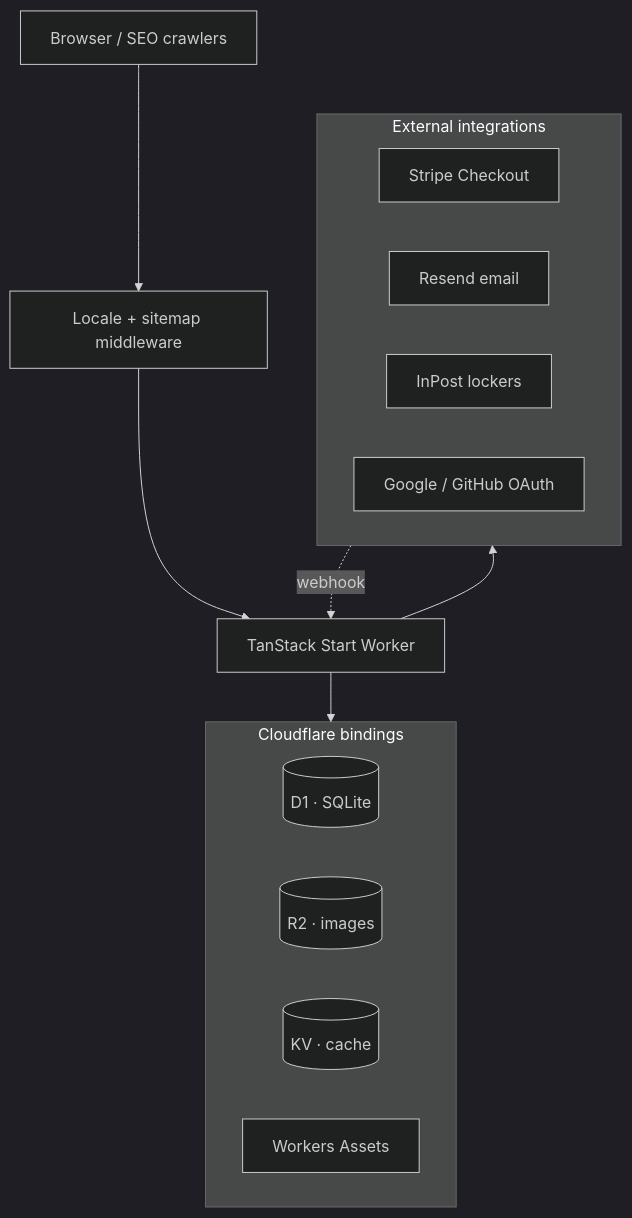
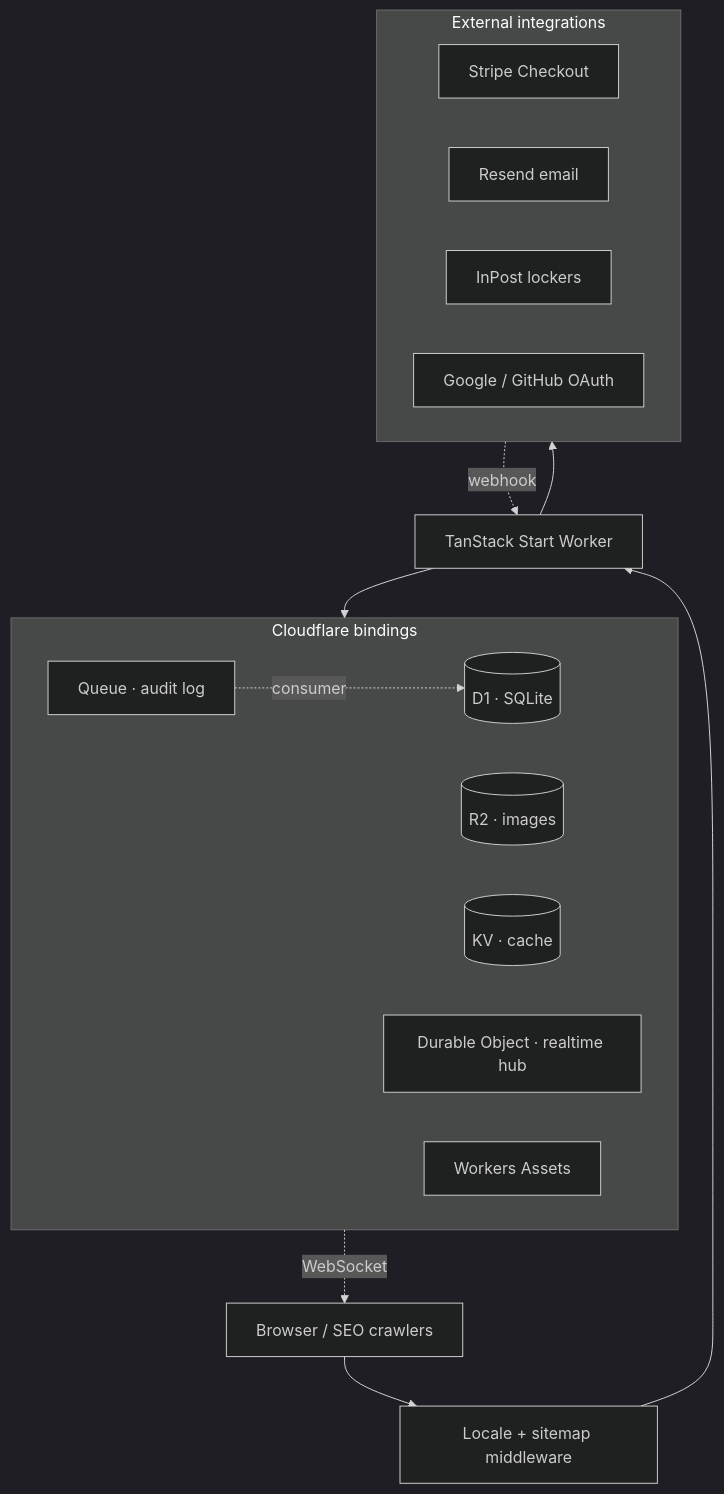
The first of 2 diagrams in README.md (pjborowiecki/martebizuteria.pl), drawn with Mermaid (dark theme) before and after one commit. The commit also changed other lines of this file, not shown here.

````diff
--- a/README.md
+++ b/README.md
@@ -64,28 +115,32 @@
 ```mermaid
 flowchart TB
   Browser["Browser / SEO crawlers"]
   MW["Locale + sitemap middleware"]
   Worker["TanStack Start Worker"]
 
   Browser --> MW --> Worker
 
   subgraph Storage["Cloudflare bindings"]
     direction LR
     D1[("D1 · SQLite")]
     R2[("R2 · images")]
     KV[("KV · cache")]
+    DO["Durable Object · realtime hub"]
+    Queue["Queue · audit log"]
     Assets["Workers Assets"]
   end
 
   subgraph Services["External integrations"]
     direction LR
     Stripe["Stripe Checkout"]
     Resend["Resend email"]
     InPost["InPost lockers"]
     OAuth["Google / GitHub OAuth"]
   end
 
   Worker --> Storage
   Worker --> Services
   Stripe -.->|webhook| Worker
+  Queue -.->|consumer| D1
+  DO -.->|WebSocket| Browser
 ```
````
